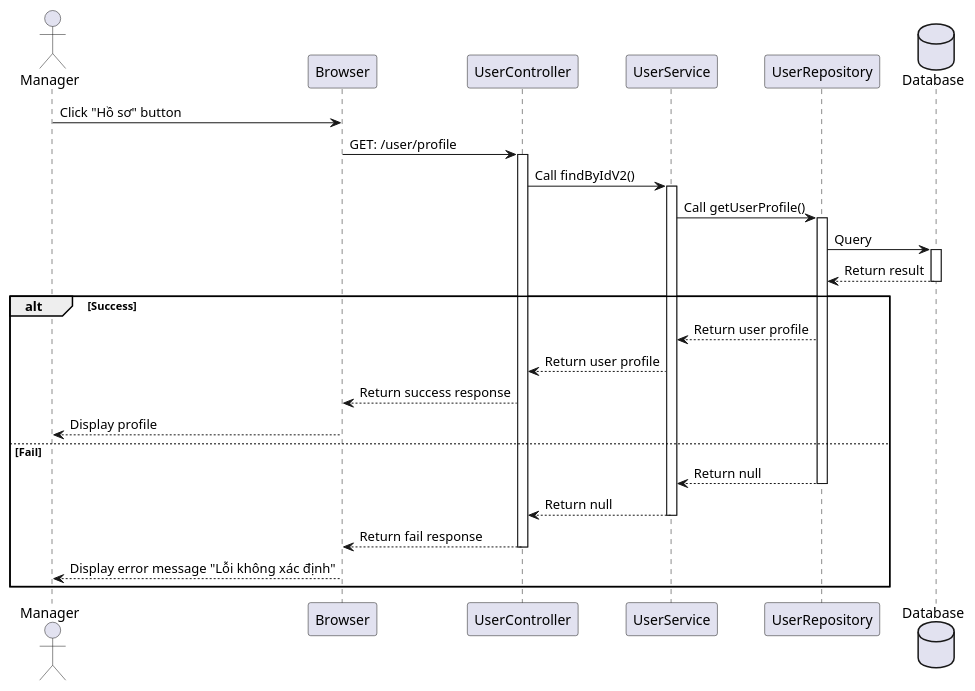
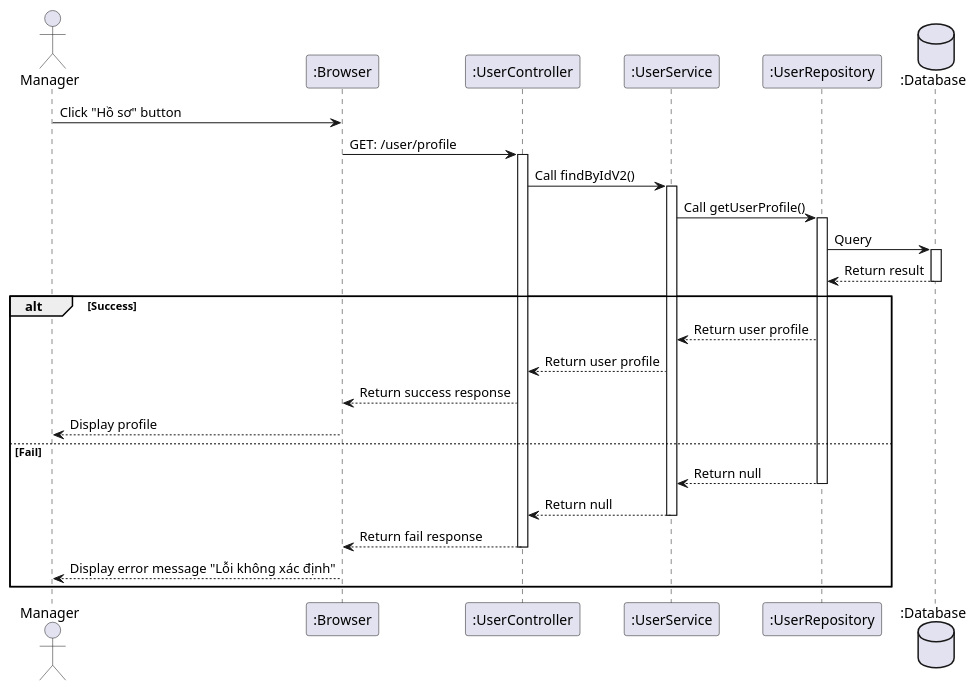
One commit to ngthanhtuung/ema-server changed the diagram in docs/manager/getProfile.plantuml. Above: the diagram before and after it, drawn with PlantUML. The commit also changed 42 other files, not shown here.

```diff
--- a/docs/manager/getProfile.plantuml
+++ b/docs/manager/getProfile.plantuml
@@ -1,28 +1,28 @@
 @startuml
 
 actor Manager as user
 
-participant Browser as a 
-participant UserController as b 
-participant UserService as c 
-participant UserRepository as d 
-database Database as e 
+participant ":Browser" as a 
+participant ":UserController" as b 
+participant ":UserService" as c 
+participant ":UserRepository" as d 
+database ":Database" as e 
 
 user -> a: Click "Hồ sơ" button
 a -> b++: GET: /user/profile
 b -> c++: Call findByIdV2()
 c -> d++: Call getUserProfile()
 d -> e++: Query
 e --> d--: Return result
 alt Success
     d --> c: Return user profile
     c --> b: Return user profile
     b --> a: Return success response
     a --> user: Display profile
 else Fail 
     d --> c--: Return null
     c --> b--: Return null
     b --> a--: Return fail response
     a --> user: Display error message "Lỗi không xác định"
 end 
 @enduml
```
